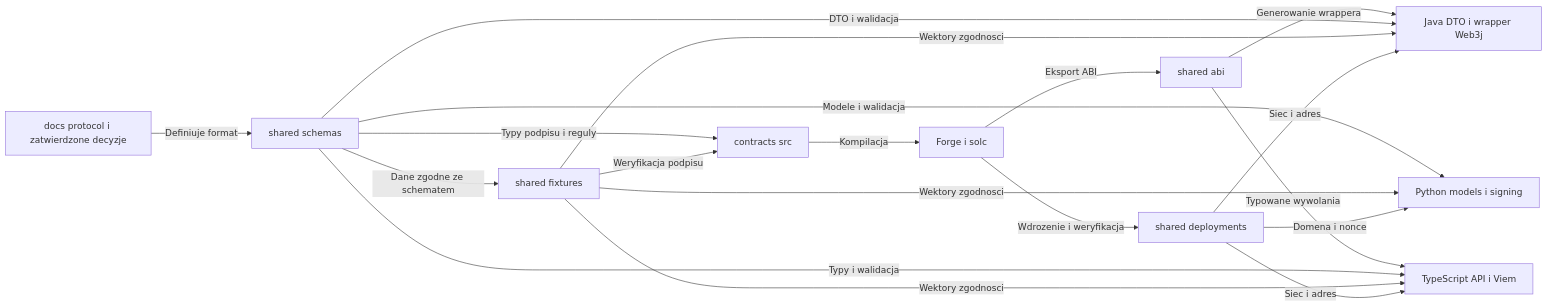
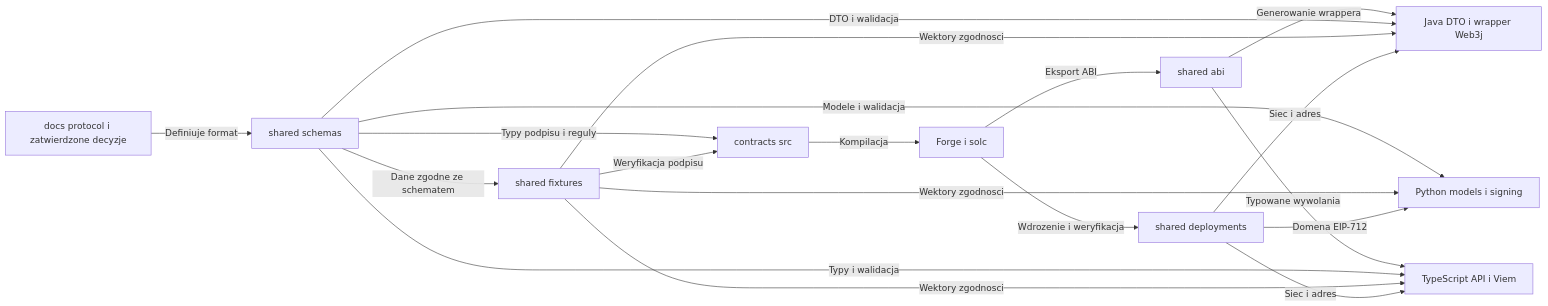
Before and after one commit to nimek06/PZ_supply_blockchain: the third of 3 diagrams in docs/diagrams.md, drawn with Mermaid. The commit also changed other lines of this file and 64 other files, not shown here.

````diff
--- a/docs/diagrams.md
+++ b/docs/diagrams.md
@@ -132,31 +133,31 @@
 ```mermaid
 flowchart LR
     ProtocolC["docs protocol i zatwierdzone decyzje"]
     SchemasC["shared schemas"]
     FixturesC["shared fixtures"]
     SolidityC["contracts src"]
     CompilerC["Forge i solc"]
     AbiC["shared abi"]
     DeploymentC["shared deployments"]
     JavaC["Java DTO i wrapper Web3j"]
     PythonC["Python models i signing"]
     TypescriptC["TypeScript API i Viem"]
     ProtocolC -->|"Definiuje format"| SchemasC
     SchemasC -->|"Dane zgodne ze schematem"| FixturesC
     SchemasC -->|"Typy podpisu i reguly"| SolidityC
     SolidityC -->|"Kompilacja"| CompilerC
     CompilerC -->|"Eksport ABI"| AbiC
     CompilerC -->|"Wdrozenie i weryfikacja"| DeploymentC
     AbiC -->|"Generowanie wrappera"| JavaC
     AbiC -->|"Typowane wywolania"| TypescriptC
     SchemasC -->|"DTO i walidacja"| JavaC
     SchemasC -->|"Modele i walidacja"| PythonC
     SchemasC -->|"Typy i walidacja"| TypescriptC
     FixturesC -->|"Wektory zgodnosci"| JavaC
     FixturesC -->|"Wektory zgodnosci"| PythonC
     FixturesC -->|"Wektory zgodnosci"| TypescriptC
     FixturesC -->|"Weryfikacja podpisu"| SolidityC
     DeploymentC -->|"Siec i adres"| JavaC
-    DeploymentC -->|"Domena i nonce"| PythonC
+    DeploymentC -->|"Domena EIP-712"| PythonC
     DeploymentC -->|"Siec i adres"| TypescriptC
 ```
````
